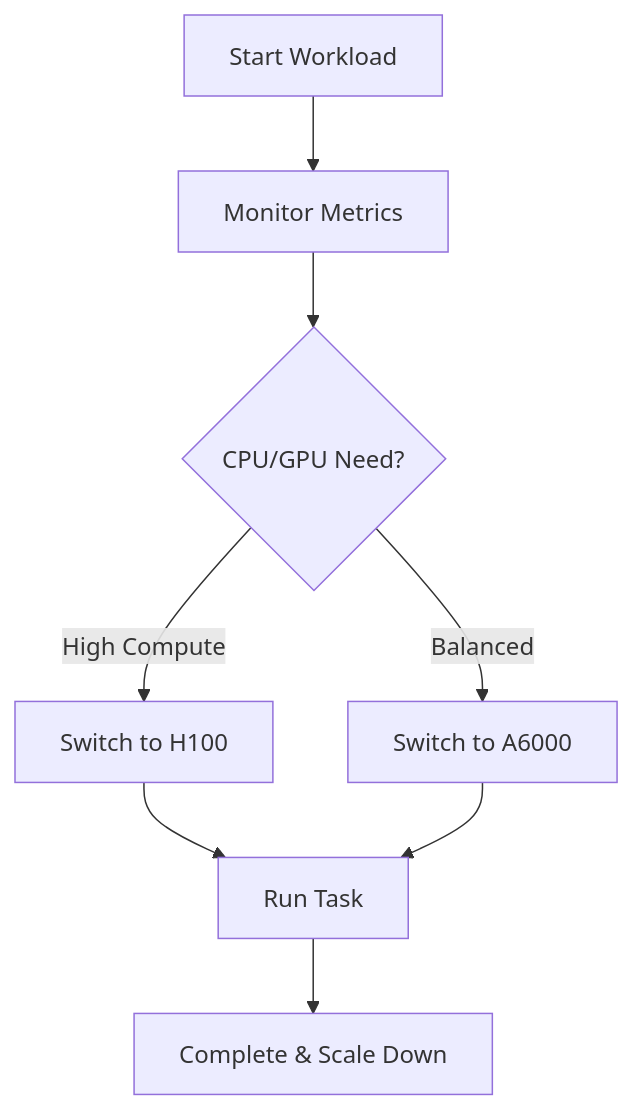
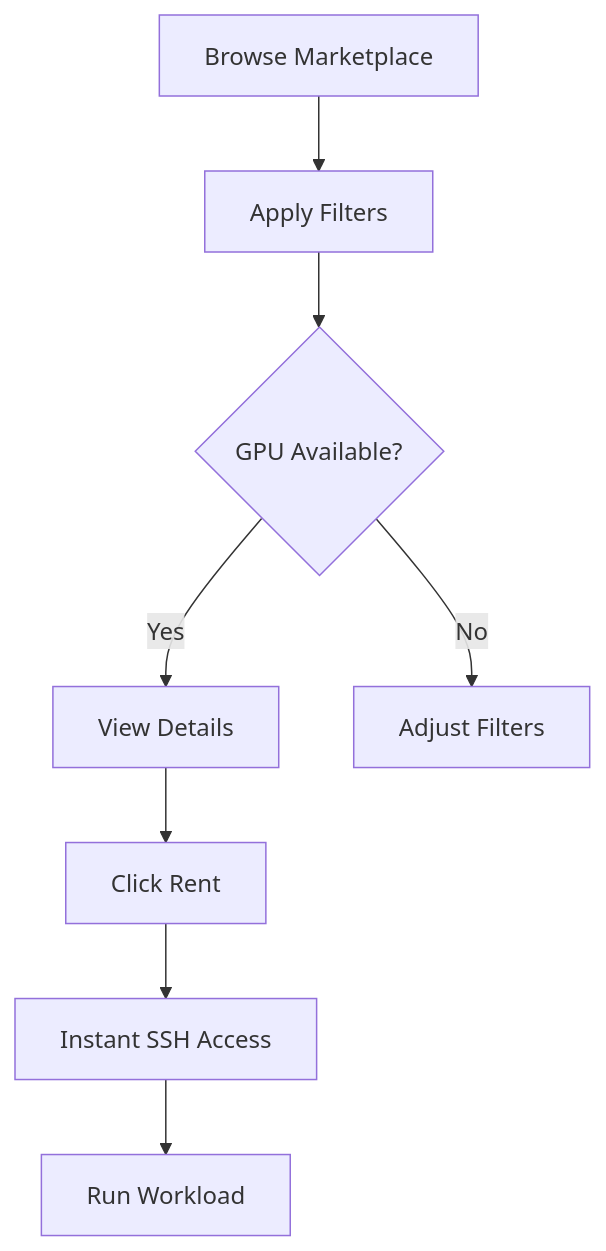
The first of 2 diagrams in features.mdx (kalinin-egor/documentationai-Docs), drawn with Mermaid before and after one commit. The commit also changed other lines of this file and 12 other files, not shown here.

````diff
--- a/features.mdx
+++ b/features.mdx
@@ -38,10 +40,10 @@
 ```mermaid
 graph TD
-    A[Start Workload] --> B[Monitor Metrics]
-    B --> C{CPU/GPU Need?}
-    C -->|High Compute| D[Switch to H100]
-    C -->|Balanced| E[Switch to A6000]
-    D --> F[Run Task]
-    E --> F
-    F --> G[Complete & Scale Down]
+    A[Browse Marketplace] --> B[Apply Filters]
+    B --> C{GPU Available?}
+    C -->|Yes| D[View Details]
+    C -->|No| E[Adjust Filters]
+    D --> F[Click Rent]
+    F --> G[Instant SSH Access]
+    G --> H[Run Workload]
 ```
````
